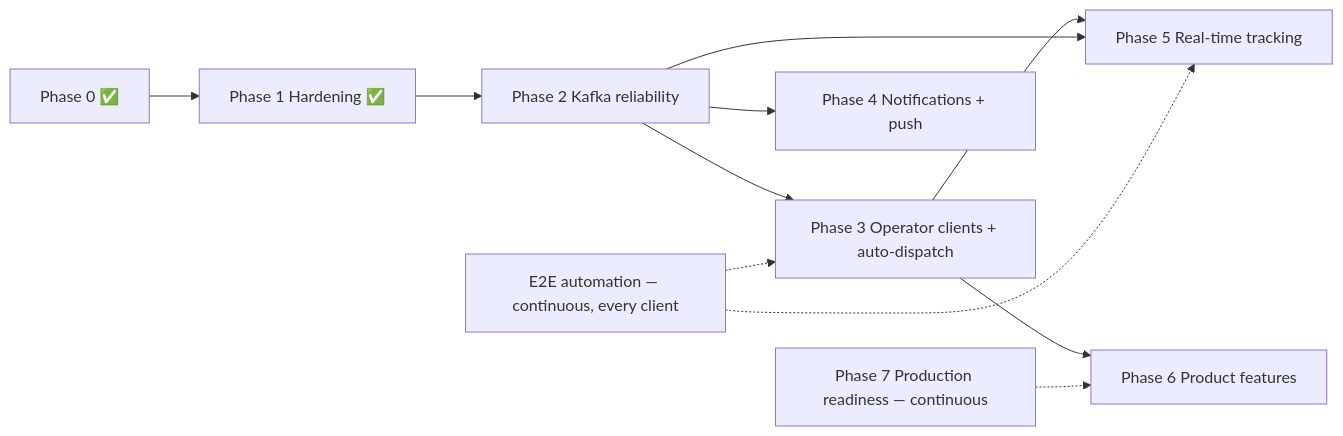
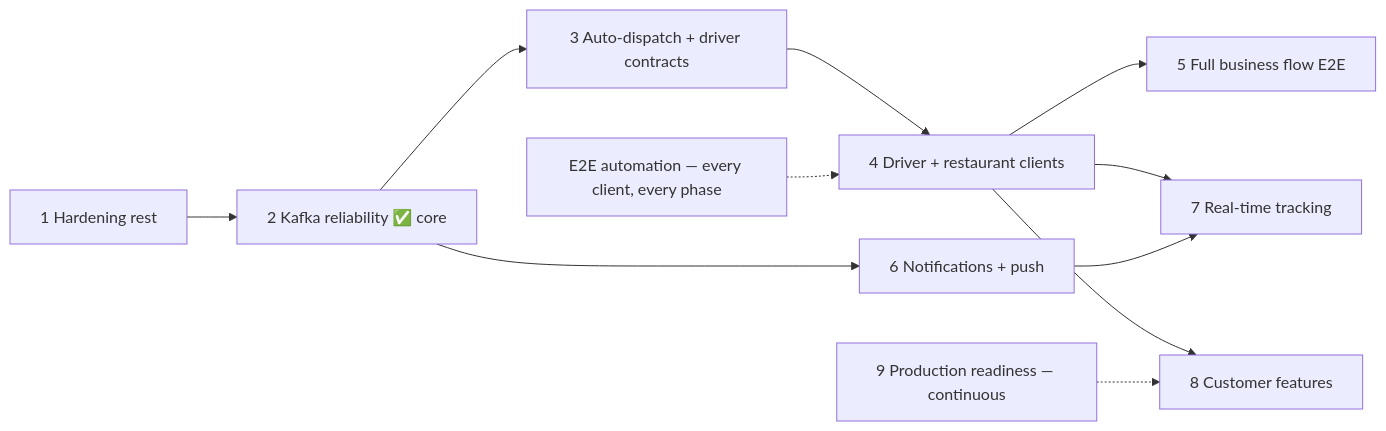
Before and after one commit to Delivery-Plus0/delivery-plus-customer-app: the diagram in planning.md, drawn with Mermaid. The commit also changed other lines of this file, not shown here.

````diff
--- a/planning.md
+++ b/planning.md
@@ -104,13 +120,13 @@
 ```mermaid
 flowchart LR
-    P0[Phase 0 ✅] --> P1[Phase 1 Hardening ✅]
-    P1 --> P2[Phase 2 Kafka reliability]
-    P2 --> P3[Phase 3 Operator clients + auto-dispatch]
-    P2 --> P4[Phase 4 Notifications + push]
-    P3 --> P5[Phase 5 Real-time tracking]
-    P2 --> P5
-    P3 --> P6[Phase 6 Product features]
-    E[E2E automation — continuous, every client] -.-> P3
-    E -.-> P5
-    R[Phase 7 Production readiness — continuous] -.-> P6
+    P1[1 Hardening rest] --> P2[2 Kafka reliability ✅ core]
+    P2 --> P3[3 Auto-dispatch + driver contracts]
+    P3 --> P4[4 Driver + restaurant clients]
+    P4 --> P5[5 Full business flow E2E]
+    P2 --> P6[6 Notifications + push]
+    P4 --> P7[7 Real-time tracking]
+    P6 --> P7
+    P4 --> P8[8 Customer features]
+    R[9 Production readiness — continuous] -.-> P8
+    E[E2E automation — every client, every phase] -.-> P4
 ```
````
